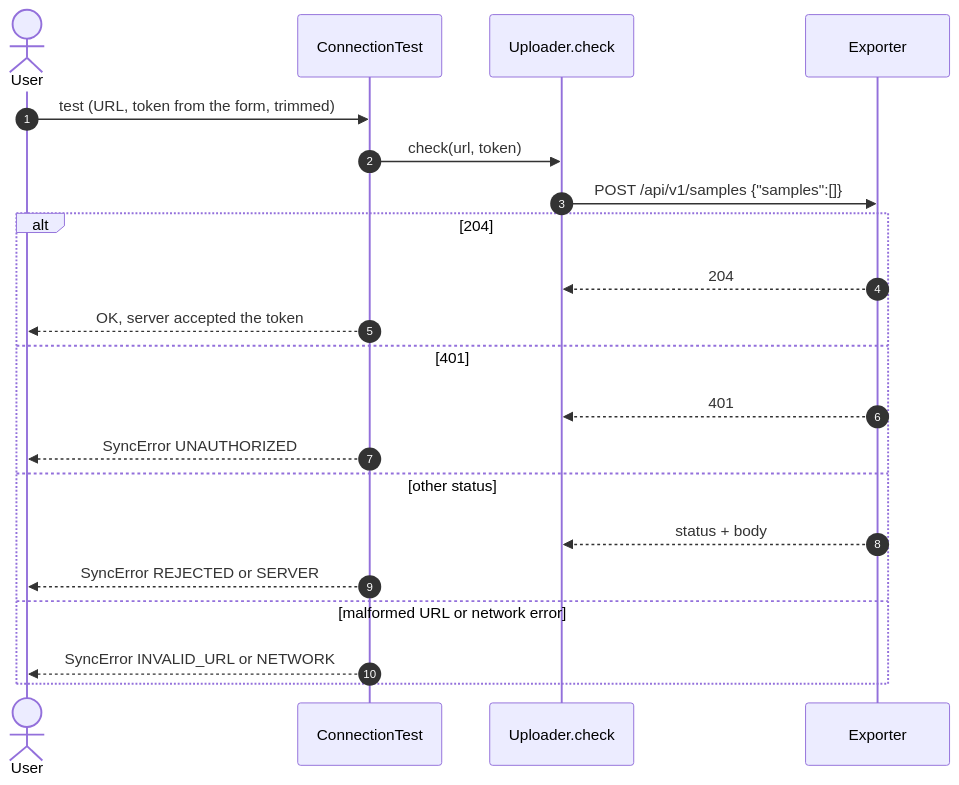
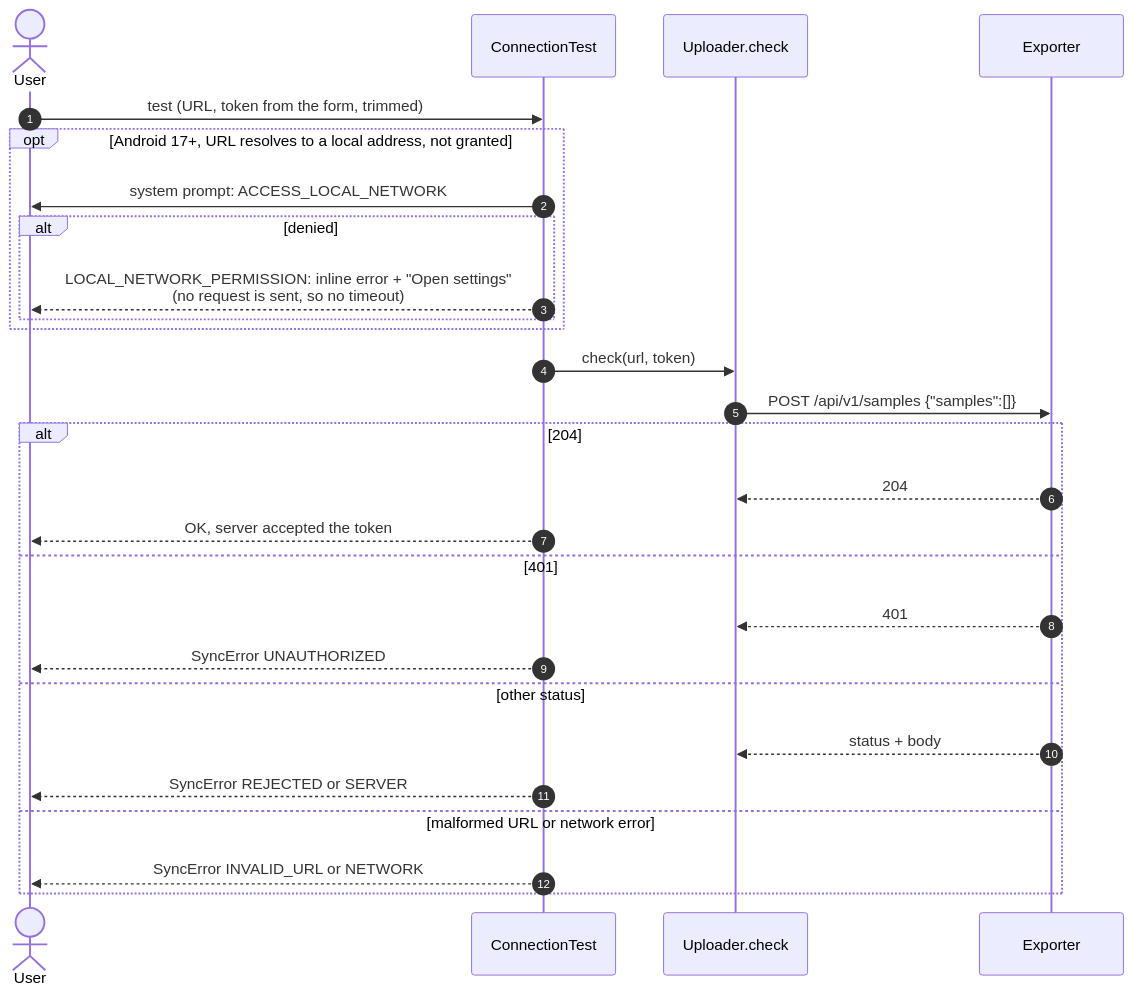
The seventh of 8 diagrams in docs/sequences.md (MateuxLucax/health-connect-bridge), drawn with Mermaid before and after one commit. The commit also changed other lines of this file and 25 other files, not shown here.

````diff
--- a/docs/sequences.md
+++ b/docs/sequences.md
@@ -240,24 +247,30 @@
 ```mermaid
 sequenceDiagram
     autonumber
     actor U as User
     participant C as ConnectionTest
     participant U2 as Uploader.check
     participant E as Exporter
 
     U->>C: test (URL, token from the form, trimmed)
+    opt Android 17+, URL resolves to a local address, not granted
+        C->>U: system prompt: ACCESS_LOCAL_NETWORK
+        alt denied
+            C-->>U: LOCAL_NETWORK_PERMISSION: inline error + "Open settings"<br/>(no request is sent, so no timeout)
+        end
+    end
     C->>U2: check(url, token)
     U2->>E: POST /api/v1/samples {"samples":[]}
     alt 204
         E-->>U2: 204
         C-->>U: OK, server accepted the token
     else 401
         E-->>U2: 401
         C-->>U: SyncError UNAUTHORIZED
     else other status
         E-->>U2: status + body
         C-->>U: SyncError REJECTED or SERVER
     else malformed URL or network error
         C-->>U: SyncError INVALID_URL or NETWORK
     end
 ```
````
